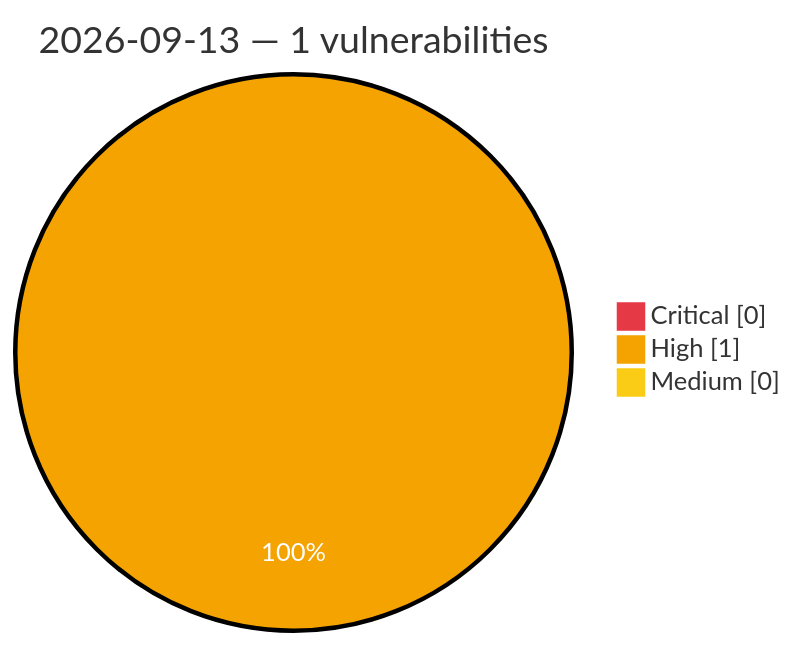
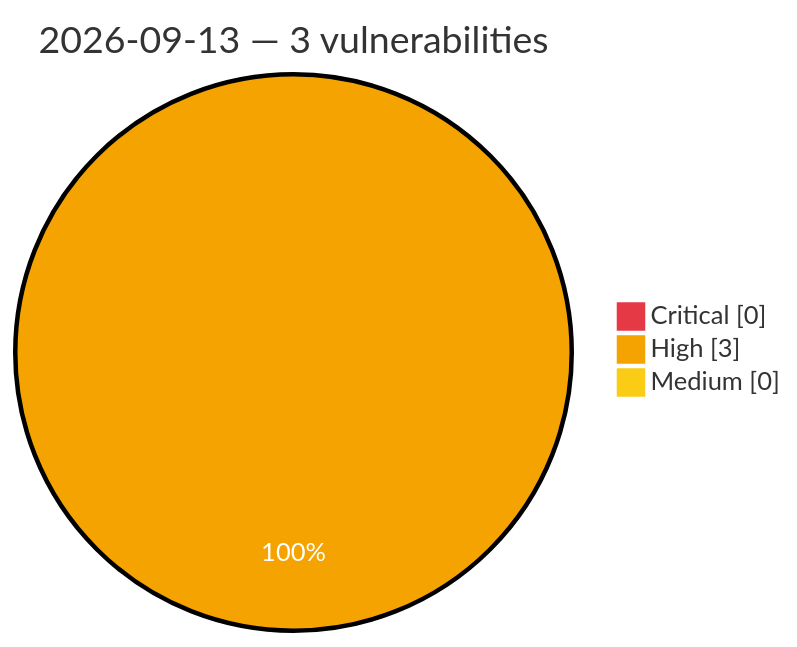
Before and after one commit to GhostX0X/vuln-tracker: the diagram in vulnerabilities/2026/September/2026-09-13.md, drawn with Mermaid. The commit also changed other lines of this file and 5 other files, not shown here.

````diff
--- a/vulnerabilities/2026/September/2026-09-13.md
+++ b/vulnerabilities/2026/September/2026-09-13.md
@@ -3,8 +3,8 @@
 ```mermaid
 %%{init: {'theme':'base', 'themeVariables': {'pie1':'#e63946', 'pie2':'#f4a300', 'pie3':'#facc15', 'pieOpacity':'1', 'pieOuterStrokeWidth':'2px', 'pieSectionTextColor':'#ffffff'}}}%%
 pie showData
-    title 2026-09-13 — 1 vulnerabilities
+    title 2026-09-13 — 3 vulnerabilities
     "Critical" : 0
-    "High" : 1
+    "High" : 3
     "Medium" : 0
 ```
````
